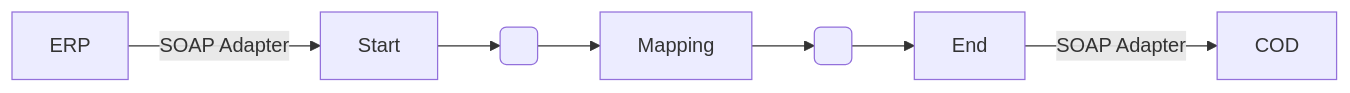
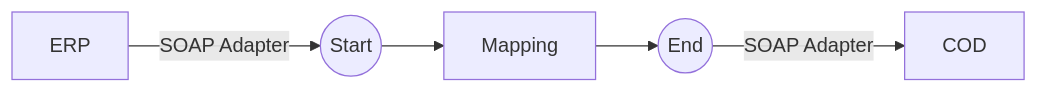
One commit to Avvale-IA-CICD/AvvaleCPI changed the diagram in REPSOL - Demo IA Docs/Check_Connectivity_from_SAP_Business_Suite_-_REPSOL/1.0.4/readme.md. Above: the diagram before and after it, drawn with Mermaid. The commit also changed other lines of this file, not shown here.

````diff
--- a/REPSOL - Demo IA Docs/Check_Connectivity_from_SAP_Business_Suite_-_REPSOL/1.0.4/readme.md
+++ b/REPSOL - Demo IA Docs/Check_Connectivity_from_SAP_Business_Suite_-_REPSOL/1.0.4/readme.md
@@ -4,13 +4,13 @@
 ```mermaid
 graph LR
     ERP[ERP]
     COD[COD]
-    StartEvent_1[Start]
+    StartEvent_1((Start))
     CallActivity_1[Mapping]
-    EndEvent_1[End]
+    EndEvent_1((End))
 
     ERP -- SOAP Adapter --> StartEvent_1
-    StartEvent_1 --> SequenceFlow_1( ) --> CallActivity_1
-    CallActivity_1 --> SequenceFlow_2( ) --> EndEvent_1
+    StartEvent_1 --> CallActivity_1
+    CallActivity_1 --> EndEvent_1
     EndEvent_1 -- SOAP Adapter --> COD
 ```
````
